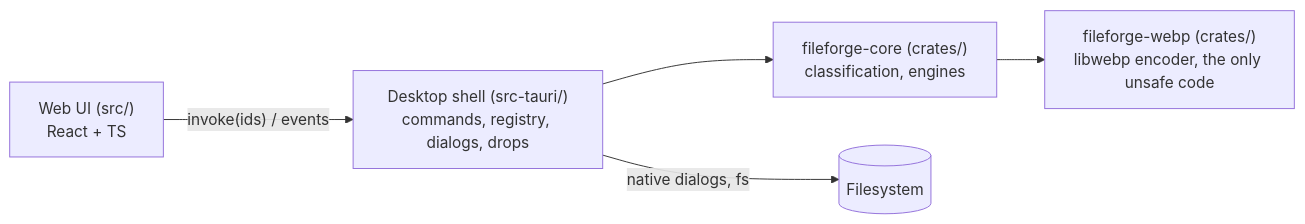
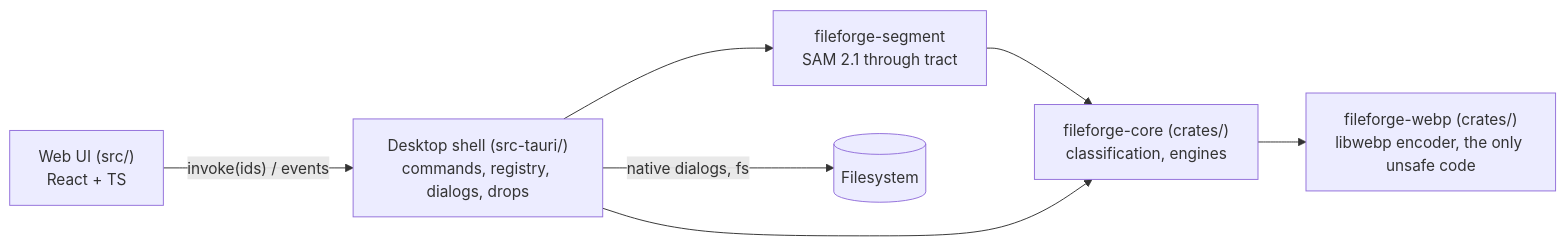
One commit to chepio-tech/file-forge changed the diagram in docs/architecture/components.md. Above: the diagram before and after it, drawn with Mermaid. The commit also changed other lines of this file and 39 other files, not shown here.

````diff
--- a/docs/architecture/components.md
+++ b/docs/architecture/components.md
@@ -3,7 +3,9 @@
 ```mermaid
 flowchart LR
   UI["Web UI (src/)<br/>React + TS"] -- "invoke(ids) / events" --> Shell["Desktop shell (src-tauri/)<br/>commands, registry, dialogs, drops"]
+  Shell --> Segment["fileforge-segment<br/>SAM 2.1 through tract"]
+  Segment --> Core
   Shell --> Core["fileforge-core (crates/)<br/>classification, engines"]
   Core --> Webp["fileforge-webp (crates/)<br/>libwebp encoder, the only unsafe code"]
   Shell -- "native dialogs, fs" --> OS[(Filesystem)]
 ```
````
